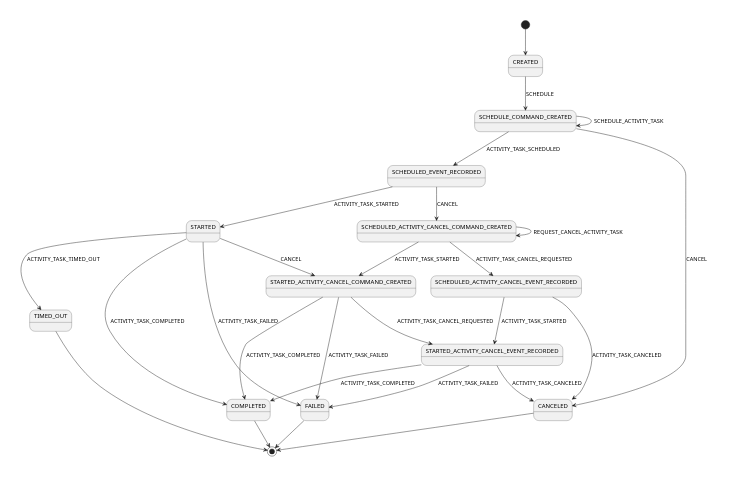
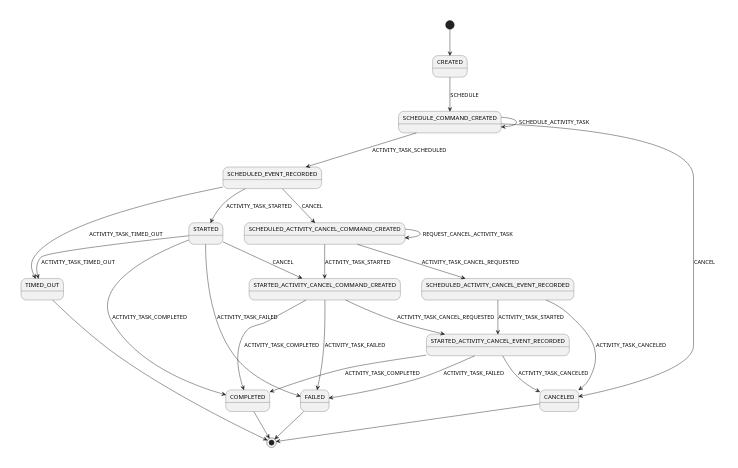
The diagram in src/main/java/io/temporal/internal/csm/ActivityStateMachine.puml (mfateev/temporal-java-sdk), drawn with PlantUML before and after one commit. The commit also changed 14 other files, not shown here.

```diff
--- a/src/main/java/io/temporal/internal/csm/ActivityStateMachine.puml
+++ b/src/main/java/io/temporal/internal/csm/ActivityStateMachine.puml
@@ -23,29 +23,30 @@
 @startuml
 scale 350 width
 [*] --> CREATED
 CREATED --> SCHEDULE_COMMAND_CREATED: SCHEDULE
 SCHEDULE_COMMAND_CREATED --> SCHEDULE_COMMAND_CREATED: SCHEDULE_ACTIVITY_TASK
 SCHEDULE_COMMAND_CREATED --> SCHEDULED_EVENT_RECORDED: ACTIVITY_TASK_SCHEDULED
 SCHEDULE_COMMAND_CREATED --> CANCELED: CANCEL
 SCHEDULED_EVENT_RECORDED --> STARTED: ACTIVITY_TASK_STARTED
+SCHEDULED_EVENT_RECORDED --> TIMED_OUT: ACTIVITY_TASK_TIMED_OUT
 STARTED --> COMPLETED: ACTIVITY_TASK_COMPLETED
 STARTED --> FAILED: ACTIVITY_TASK_FAILED
 STARTED --> TIMED_OUT: ACTIVITY_TASK_TIMED_OUT
 SCHEDULED_EVENT_RECORDED --> SCHEDULED_ACTIVITY_CANCEL_COMMAND_CREATED: CANCEL
 SCHEDULED_ACTIVITY_CANCEL_COMMAND_CREATED --> SCHEDULED_ACTIVITY_CANCEL_EVENT_RECORDED: ACTIVITY_TASK_CANCEL_REQUESTED
 SCHEDULED_ACTIVITY_CANCEL_COMMAND_CREATED --> SCHEDULED_ACTIVITY_CANCEL_COMMAND_CREATED: REQUEST_CANCEL_ACTIVITY_TASK
 SCHEDULED_ACTIVITY_CANCEL_COMMAND_CREATED --> STARTED_ACTIVITY_CANCEL_COMMAND_CREATED: ACTIVITY_TASK_STARTED
 SCHEDULED_ACTIVITY_CANCEL_EVENT_RECORDED --> CANCELED: ACTIVITY_TASK_CANCELED
 SCHEDULED_ACTIVITY_CANCEL_EVENT_RECORDED --> STARTED_ACTIVITY_CANCEL_EVENT_RECORDED: ACTIVITY_TASK_STARTED
 STARTED_ACTIVITY_CANCEL_COMMAND_CREATED --> STARTED_ACTIVITY_CANCEL_EVENT_RECORDED: ACTIVITY_TASK_CANCEL_REQUESTED
 STARTED --> STARTED_ACTIVITY_CANCEL_COMMAND_CREATED: CANCEL
 STARTED_ACTIVITY_CANCEL_COMMAND_CREATED --> COMPLETED: ACTIVITY_TASK_COMPLETED
 STARTED_ACTIVITY_CANCEL_COMMAND_CREATED --> FAILED: ACTIVITY_TASK_FAILED
 STARTED_ACTIVITY_CANCEL_EVENT_RECORDED --> FAILED: ACTIVITY_TASK_FAILED
 STARTED_ACTIVITY_CANCEL_EVENT_RECORDED --> COMPLETED: ACTIVITY_TASK_COMPLETED
 STARTED_ACTIVITY_CANCEL_EVENT_RECORDED --> CANCELED: ACTIVITY_TASK_CANCELED
 COMPLETED --> [*]
 FAILED --> [*]
 TIMED_OUT --> [*]
 CANCELED --> [*]
 @enduml
```
